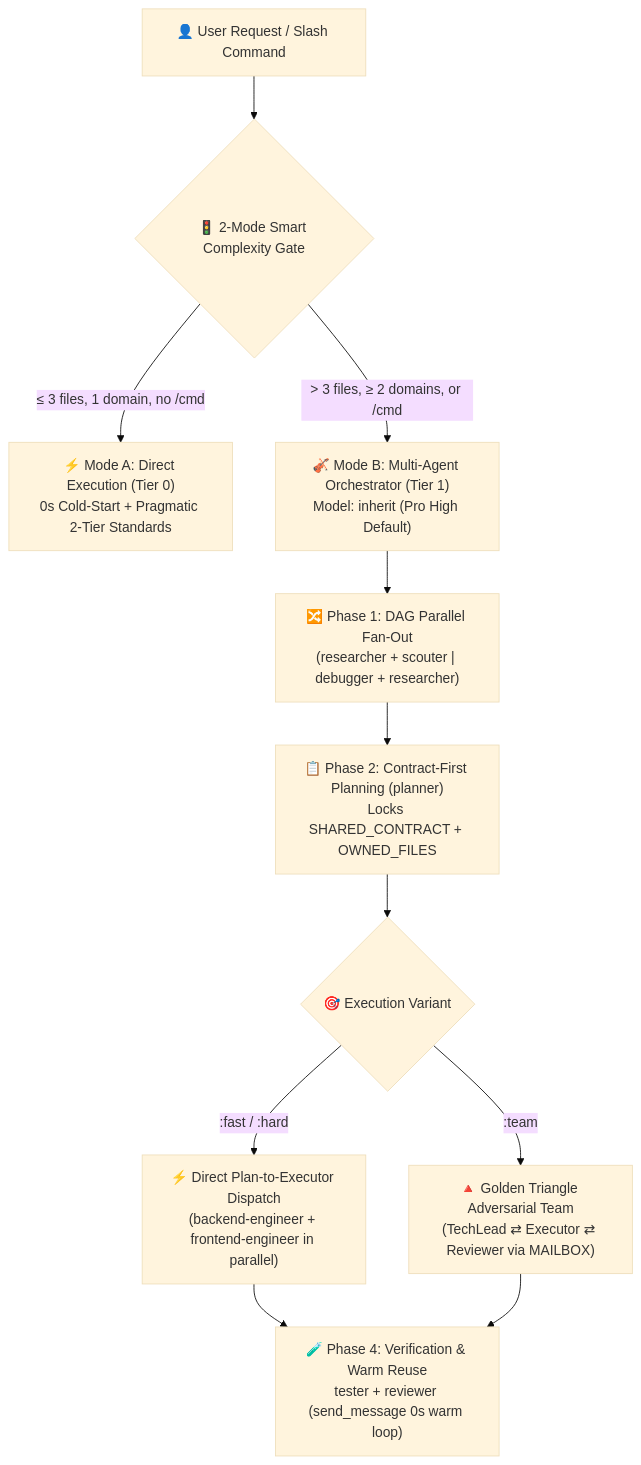
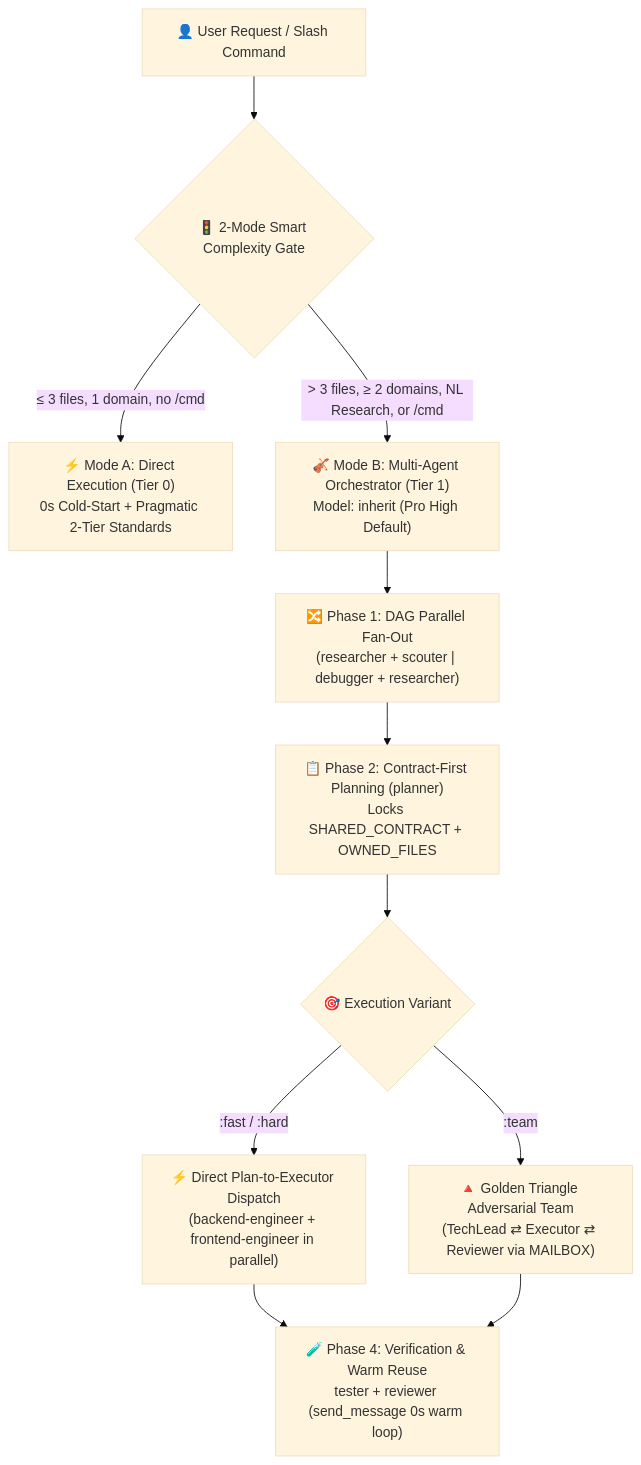
The diagram in README.md (Kennyboom/BoomOpen-Workflow-Kit), drawn with Mermaid (base theme) before and after one commit. The commit also changed other lines of this file and 18 other files, not shown here.

````diff
--- a/README.md
+++ b/README.md
@@ -54,16 +72,16 @@
 ```mermaid
 flowchart TD
     User["👤 User Request / Slash Command"] --> Gate{"🚦 2-Mode Smart Complexity Gate"}
     Gate -->|"≤ 3 files, 1 domain, no /cmd"| ModeA["⚡ Mode A: Direct Execution (Tier 0)<br/>0s Cold-Start + Pragmatic 2-Tier Standards"]
-    Gate -->|"> 3 files, ≥ 2 domains, or /cmd"| ModeB["🎻 Mode B: Multi-Agent Orchestrator (Tier 1)<br/>Model: inherit (Pro High Default)"]
+    Gate -->|"> 3 files, ≥ 2 domains, NL Research, or /cmd"| ModeB["🎻 Mode B: Multi-Agent Orchestrator (Tier 1)<br/>Model: inherit (Pro High Default)"]
 
     ModeB --> FanOut["🔀 Phase 1: DAG Parallel Fan-Out<br/>(researcher + scouter | debugger + researcher)"]
     FanOut --> Plan["📋 Phase 2: Contract-First Planning (planner)<br/>Locks SHARED_CONTRACT + OWNED_FILES"]
     Plan --> Dispatch{"🎯 Execution Variant"}
 
     Dispatch -->|":fast / :hard"| Direct["⚡ Direct Plan-to-Executor Dispatch<br/>(backend-engineer + frontend-engineer in parallel)"]
     Dispatch -->|":team"| Triangle["🔺 Golden Triangle Adversarial Team<br/>(TechLead ⇄ Executor ⇄ Reviewer via MAILBOX)"]
 
     Direct --> Verify["🧪 Phase 4: Verification & Warm Reuse<br/>tester + reviewer (send_message 0s warm loop)"]
     Triangle --> Verify
 ```
````
